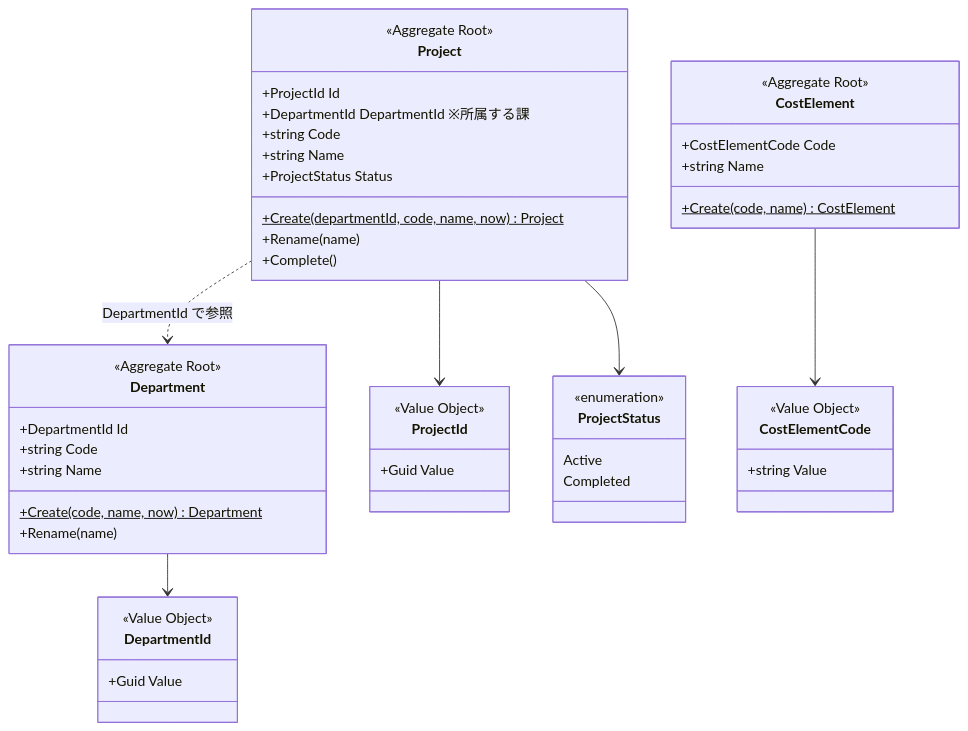
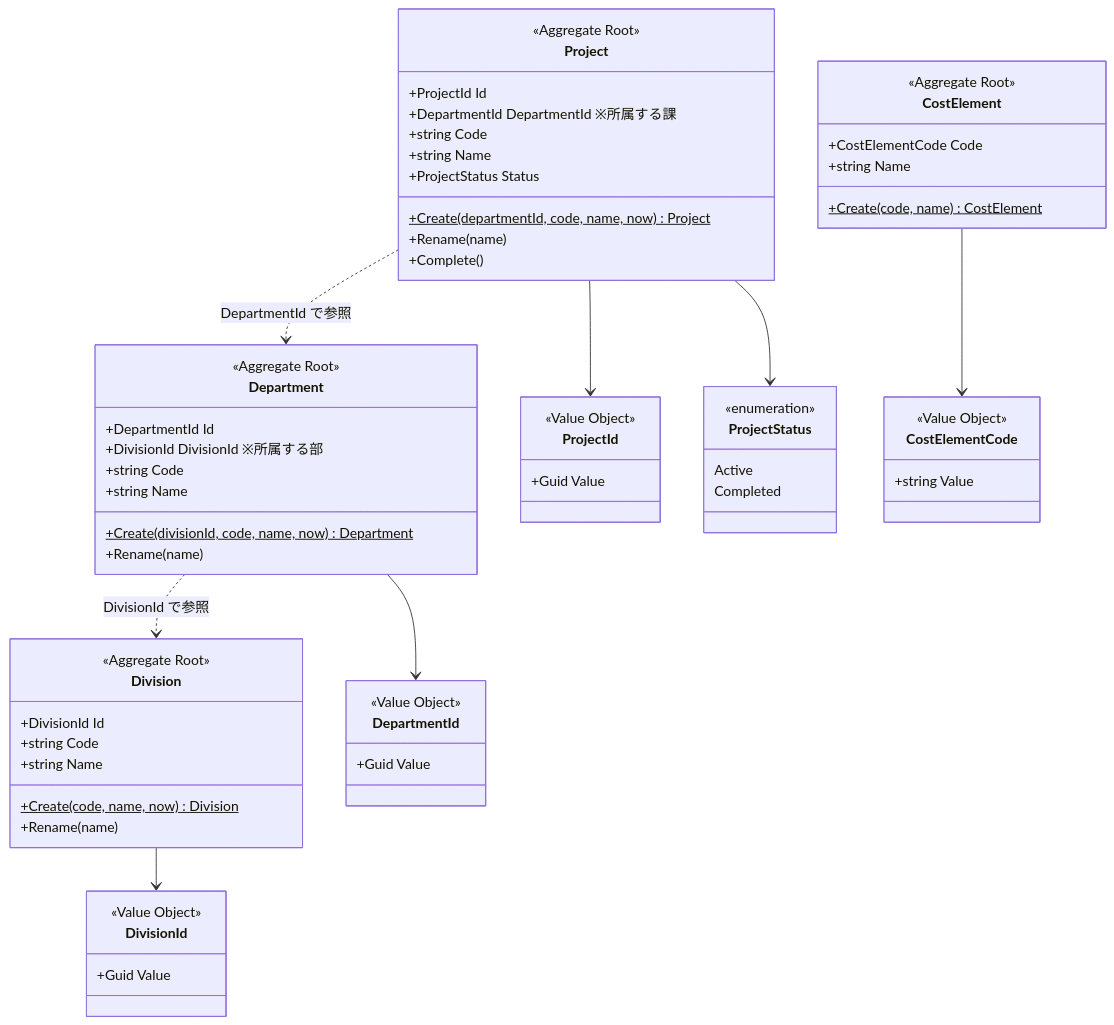
One commit to kyamanaka0923/fcpl-cost-management-system changed the sixth of 9 diagrams in docs/DESIGN.md. Above: the diagram before and after it, drawn with Mermaid. The commit also changed other lines of this file and 4 other files, not shown here.

````diff
--- a/docs/DESIGN.md
+++ b/docs/DESIGN.md
@@ -147,50 +153,65 @@
 ```mermaid
 classDiagram
+    class Division {
+        <<Aggregate Root>>
+        +DivisionId Id
+        +string Code
+        +string Name
+        +Create(code, name, now) Division$
+        +Rename(name)
+    }
+    class DivisionId {
+        <<Value Object>>
+        +Guid Value
+    }
     class Department {
         <<Aggregate Root>>
         +DepartmentId Id
+        +DivisionId DivisionId ※所属する部
         +string Code
         +string Name
-        +Create(code, name, now) Department$
+        +Create(divisionId, code, name, now) Department$
         +Rename(name)
     }
     class DepartmentId {
         <<Value Object>>
         +Guid Value
     }
     class Project {
         <<Aggregate Root>>
         +ProjectId Id
         +DepartmentId DepartmentId ※所属する課
         +string Code
         +string Name
         +ProjectStatus Status
         +Create(departmentId, code, name, now) Project$
         +Rename(name)
         +Complete()
     }
     class ProjectId {
         <<Value Object>>
         +Guid Value
     }
     class ProjectStatus {
         <<enumeration>>
         Active
         Completed
     }
     class CostElement {
         <<Aggregate Root>>
         +CostElementCode Code
         +string Name
         +Create(code, name) CostElement$
     }
     class CostElementCode {
         <<Value Object>>
         +string Value
     }
+    Division --> DivisionId
     Department --> DepartmentId
+    Department ..> Division : DivisionId で参照
     Project --> ProjectId
     Project --> ProjectStatus
     Project ..> Department : DepartmentId で参照
     CostElement --> CostElementCode
 ```
````
